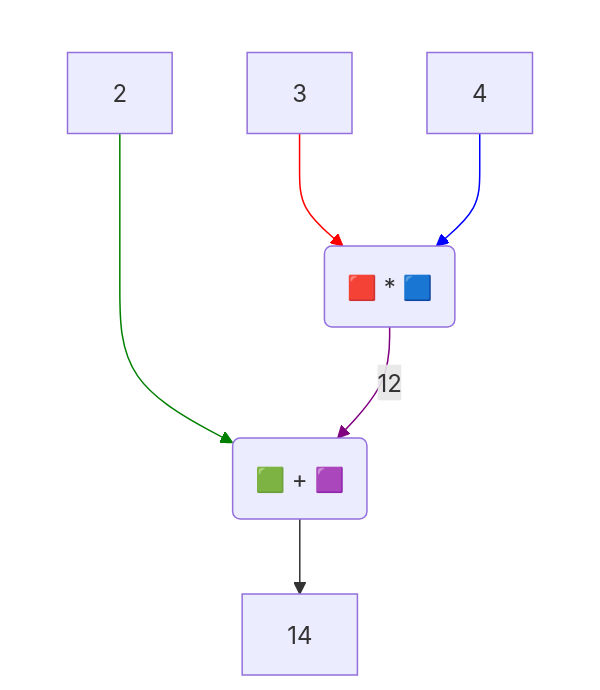
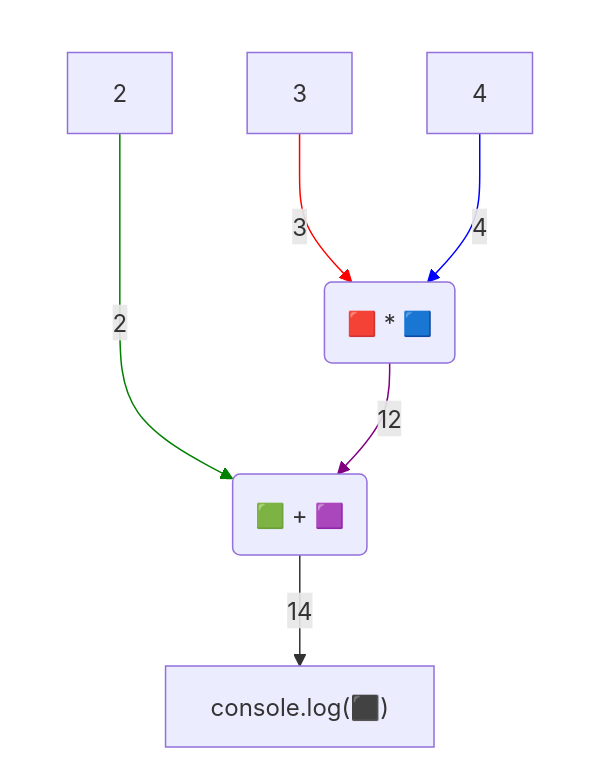
Before and after one commit to EugeneLoy/javascript-handbook: the first of 2 diagrams in Вирази - використання дужок.md, drawn with Mermaid. The commit also changed 1 other file, not shown here.

Commit message:
updated charts

````diff
--- a/Вирази - використання дужок.md
+++ b/Вирази - використання дужок.md
@@ -17,24 +17,24 @@
 ```mermaid
 flowchart TD
     subgraph VALUES[" "]
       V1[2]
       V2[3]
       V3[4]
     end
 
     O1("🟥 * 🟦")
     O2("🟩 + 🟪")
-    R2[14]
+    O3["console.log(⬛)"]
 
-    V1 --> O2
-    V2 --> O1
-    V3 --> O1
+    V1 -->|2| O2
+    V2 -->|3| O1
+    V3 -->|4| O1
     O1 -->|12| O2
-    O2 --> R2
+    O2 -->|14| O3
 
 style VALUES stroke:none, fill:none
 linkStyle 0 stroke:green
 linkStyle 1 stroke:red
 linkStyle 2 stroke:blue
 linkStyle 3 stroke:purple
 ```
````
